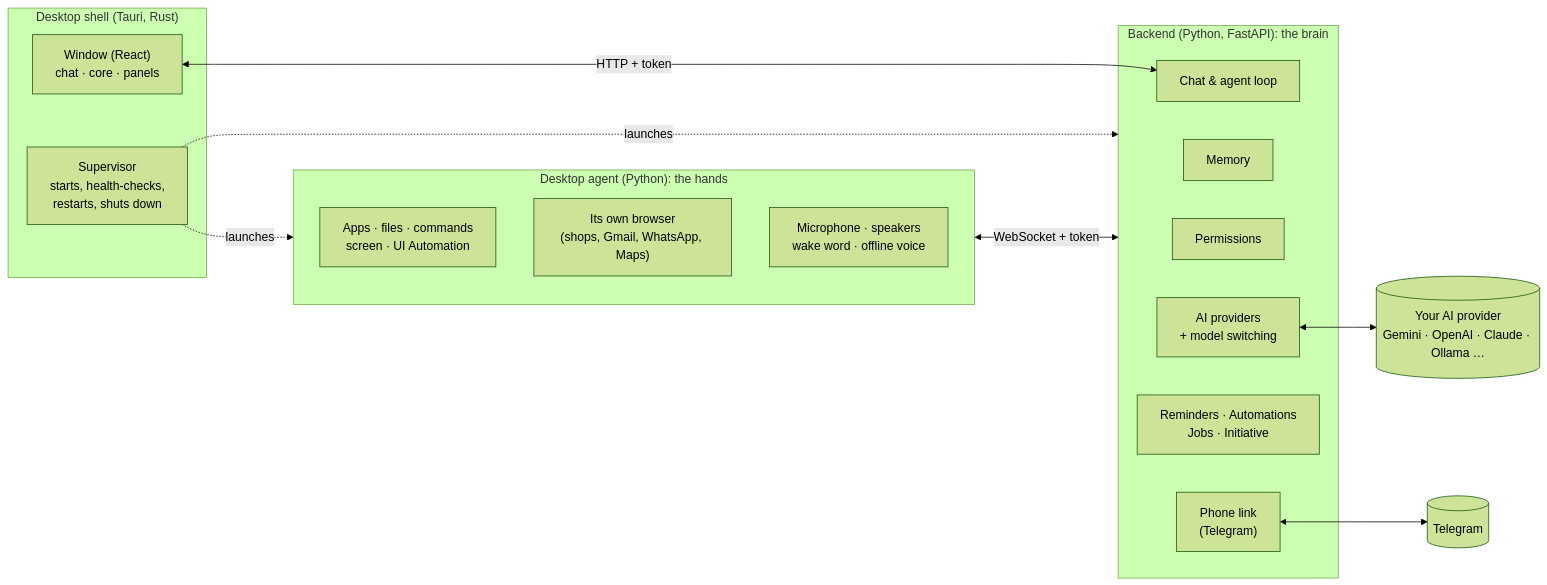
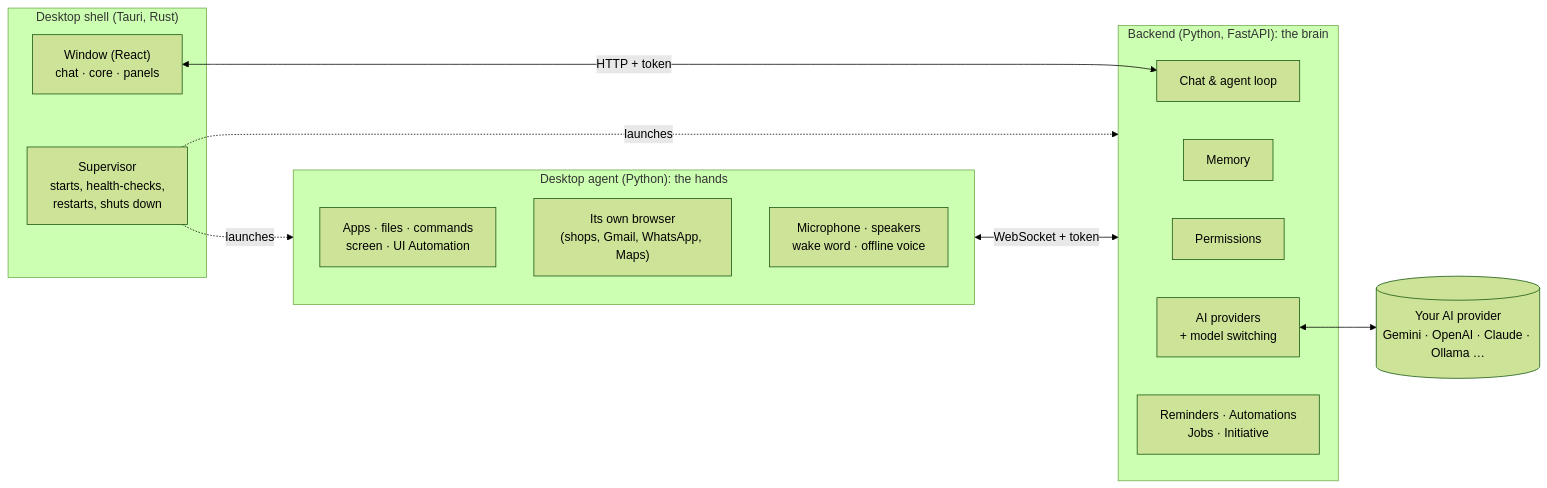
One commit to Spidey007-Arch/jarvis changed the diagram in README.md. Above: the diagram before and after it, drawn with Mermaid (forest theme). The commit also changed other lines of this file and 16 other files, not shown here.

First line of the commit message:
Remove phone control through Telegram

````diff
--- a/README.md
+++ b/README.md
@@ -131,29 +128,26 @@
 ```mermaid
 flowchart LR
     subgraph Shell["Desktop shell (Tauri, Rust)"]
         UI["Window (React)<br/>chat · core · panels"]
         SUP["Supervisor<br/>starts, health-checks,<br/>restarts, shuts down"]
     end
     subgraph Backend["Backend (Python, FastAPI): the brain"]
         CHAT["Chat & agent loop"]
         MEM["Memory"]
         PERM["Permissions"]
         LLM["AI providers<br/>+ model switching"]
         SCHED["Reminders · Automations<br/>Jobs · Initiative"]
-        PHONE["Phone link<br/>(Telegram)"]
     end
     subgraph Agent["Desktop agent (Python): the hands"]
         ACT["Apps · files · commands<br/>screen · UI Automation"]
         WEB["Its own browser<br/>(shops, Gmail, WhatsApp, Maps)"]
         VOICE["Microphone · speakers<br/>wake word · offline voice"]
     end
     AI[("Your AI provider<br/>Gemini · OpenAI · Claude · Ollama …")]
-    TG[("Telegram")]
 
     UI <-- "HTTP + token" --> CHAT
     SUP -. launches .-> Backend
     SUP -. launches .-> Agent
     Agent <-- "WebSocket + token" --> Backend
     LLM <--> AI
-    PHONE <--> TG
 ```
````
